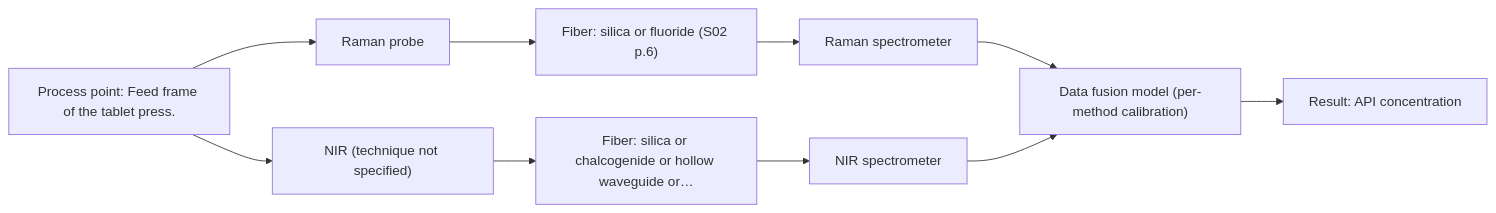
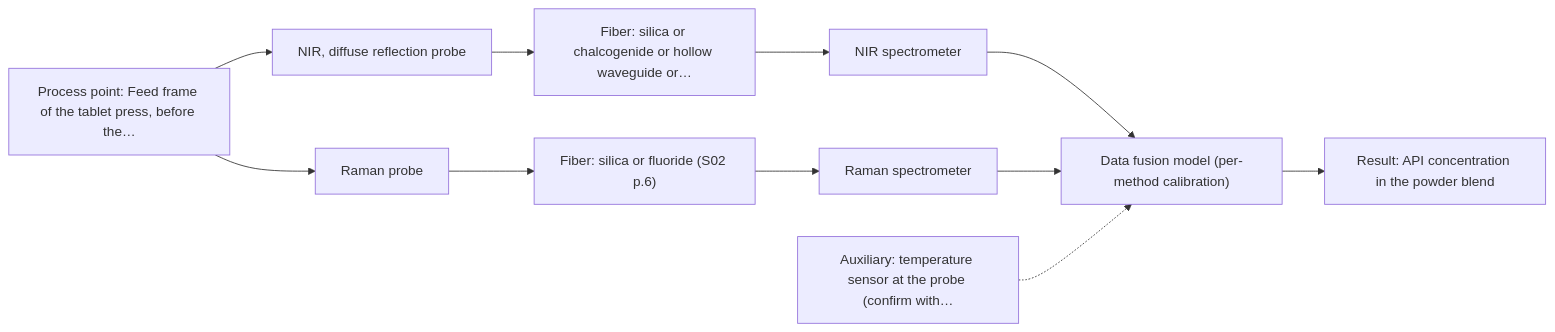
Before and after one commit to sleipnir029/Afs-Spectroscopy-Assistant: the second of 2 diagrams in outputs/dev/D01.md, drawn with Mermaid. The commit also changed other lines of this file and 41 other files, not shown here.

````diff
--- a/outputs/dev/D01.md
+++ b/outputs/dev/D01.md
@@ -83,21 +97,23 @@
 ```mermaid
 flowchart LR
-    proc["Process point: Feed frame of the tablet press."]
-    probe1["Raman probe"]
-    fiber1["Fiber: silica or fluoride (S02 p.6)"]
-    spec1["Raman spectrometer"]
-    probe2["NIR (technique not specified)"]
-    fiber2["Fiber: silica or chalcogenide or hollow waveguide or…"]
-    spec2["NIR spectrometer"]
+    proc["Process point: Feed frame of the tablet press, before the…"]
+    probe1["NIR, diffuse reflection probe"]
+    fiber1["Fiber: silica or chalcogenide or hollow waveguide or…"]
+    spec1["NIR spectrometer"]
+    probe2["Raman probe"]
+    fiber2["Fiber: silica or fluoride (S02 p.6)"]
+    spec2["Raman spectrometer"]
     model["Data fusion model (per-method calibration)"]
-    result["Result: API concentration"]
+    result["Result: API concentration in the powder blend"]
+    aux1["Auxiliary: temperature sensor at the probe (confirm with…"]
     proc --> probe1
     probe1 --> fiber1
     fiber1 --> spec1
     spec1 --> model
     proc --> probe2
     probe2 --> fiber2
     fiber2 --> spec2
     spec2 --> model
     model --> result
+    aux1 -.-> model
 ```
````
